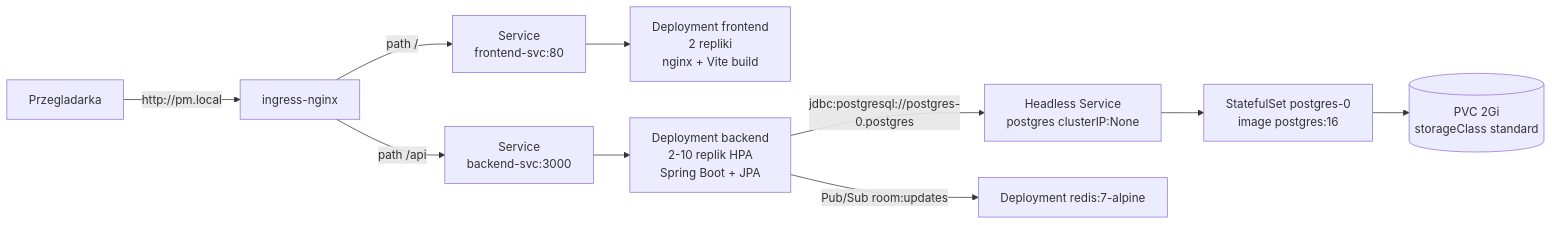
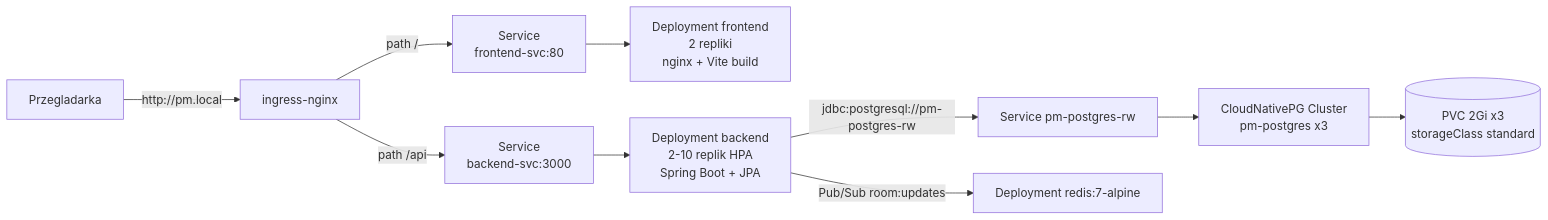
Before and after one commit to WojciechGalant1/categories-game: the diagram in README.md, drawn with Mermaid. The commit also changed other lines of this file and 14 other files, not shown here.

Commit message:
Refactor PostgreSQL integration to use CloudNativePG, updating Helm chart configurations and documentation. Adjust backend connection settings, including JDBC URL and secret management for credentials.

````diff
--- a/README.md
+++ b/README.md
@@ -7,12 +7,12 @@
 ```mermaid
 flowchart LR
     user[Przegladarka] -->|http://pm.local| ingress[ingress-nginx]
     ingress -->|path /| feSvc[Service<br/>frontend-svc:80]
     ingress -->|path /api| beSvc[Service<br/>backend-svc:3000]
     feSvc --> feDep[Deployment frontend<br/>2 repliki<br/>nginx + Vite build]
     beSvc --> beDep[Deployment backend<br/>2-10 replik HPA<br/>Spring Boot + JPA]
-    beDep -->|"jdbc:postgresql://postgres-0.postgres"| pgHl[Headless Service<br/>postgres clusterIP:None]
+    beDep -->|"jdbc:postgresql://pm-postgres-rw"| pgRw[Service pm-postgres-rw]
     beDep -->|Pub/Sub room:updates| redis[Deployment redis:7-alpine]
-    pgHl --> pgSs[StatefulSet postgres-0<br/>image postgres:16]
-    pgSs --> pvc[(PVC 2Gi<br/>storageClass standard)]
+    pgRw --> cnpg[CloudNativePG Cluster<br/>pm-postgres x3]
+    cnpg --> pvc[(PVC 2Gi x3<br/>storageClass standard)]
 ```
````
